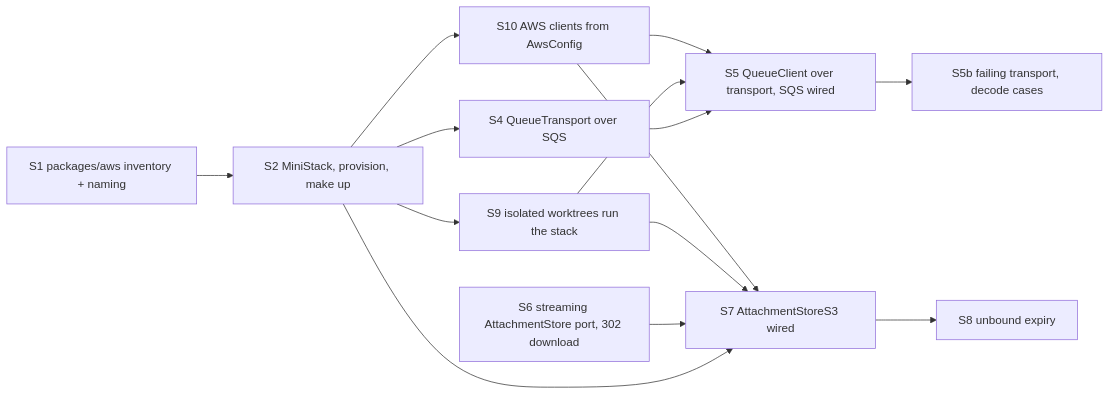
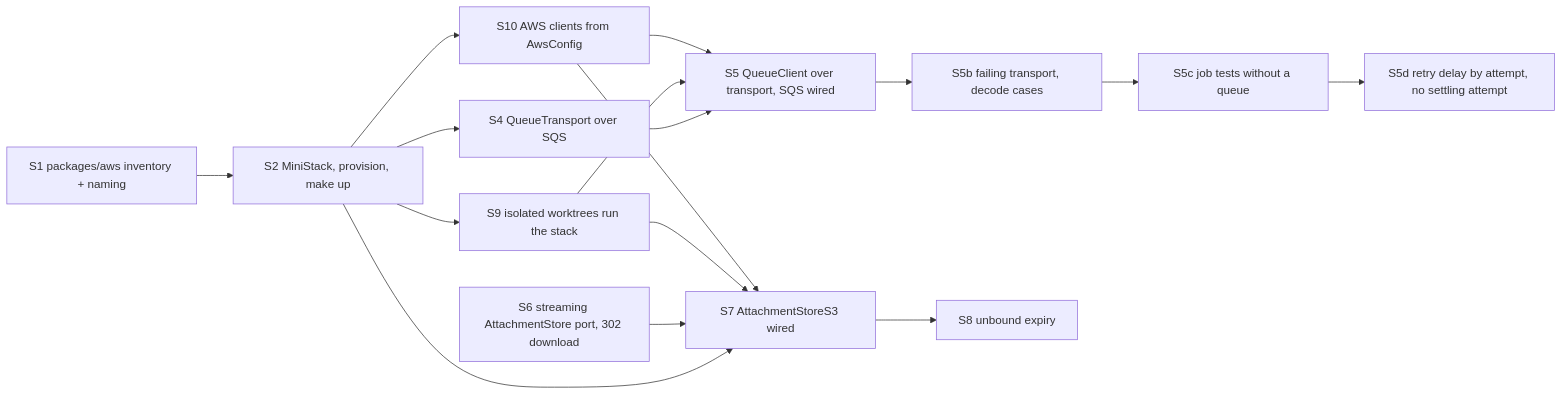
The diagram in docs/tickets/2026-10-19-1448_aws-local/plan.md (khotei/app-template), drawn with Mermaid before and after one commit. The commit also changed other lines of this file, not shown here.

First line of the commit message:
:memo: docs(aws-local): Plan S5c and S5d to simplify the queue

````diff
--- a/docs/tickets/2026-10-19-1448_aws-local/plan.md
+++ b/docs/tickets/2026-10-19-1448_aws-local/plan.md
@@ -32,17 +32,19 @@
 ```mermaid
 graph LR
   S1[S1 packages/aws inventory + naming] --> S2[S2 MiniStack, provision, make up]
   S2 --> S4[S4 QueueTransport over SQS]
   S4 --> S5[S5 QueueClient over transport, SQS wired]
   S5 --> S5b[S5b failing transport, decode cases]
+  S5b --> S5c[S5c job tests without a queue]
+  S5c --> S5d[S5d retry delay by attempt, no settling attempt]
   S6[S6 streaming AttachmentStore port, 302 download]
   S2 --> S7[S7 AttachmentStoreS3 wired]
   S6 --> S7
   S7 --> S8[S8 unbound expiry]
   S2 --> S9[S9 isolated worktrees run the stack]
   S2 --> S10[S10 AWS clients from AwsConfig]
   S9 --> S5
   S9 --> S7
   S10 --> S5
   S10 --> S7
 ```
````
